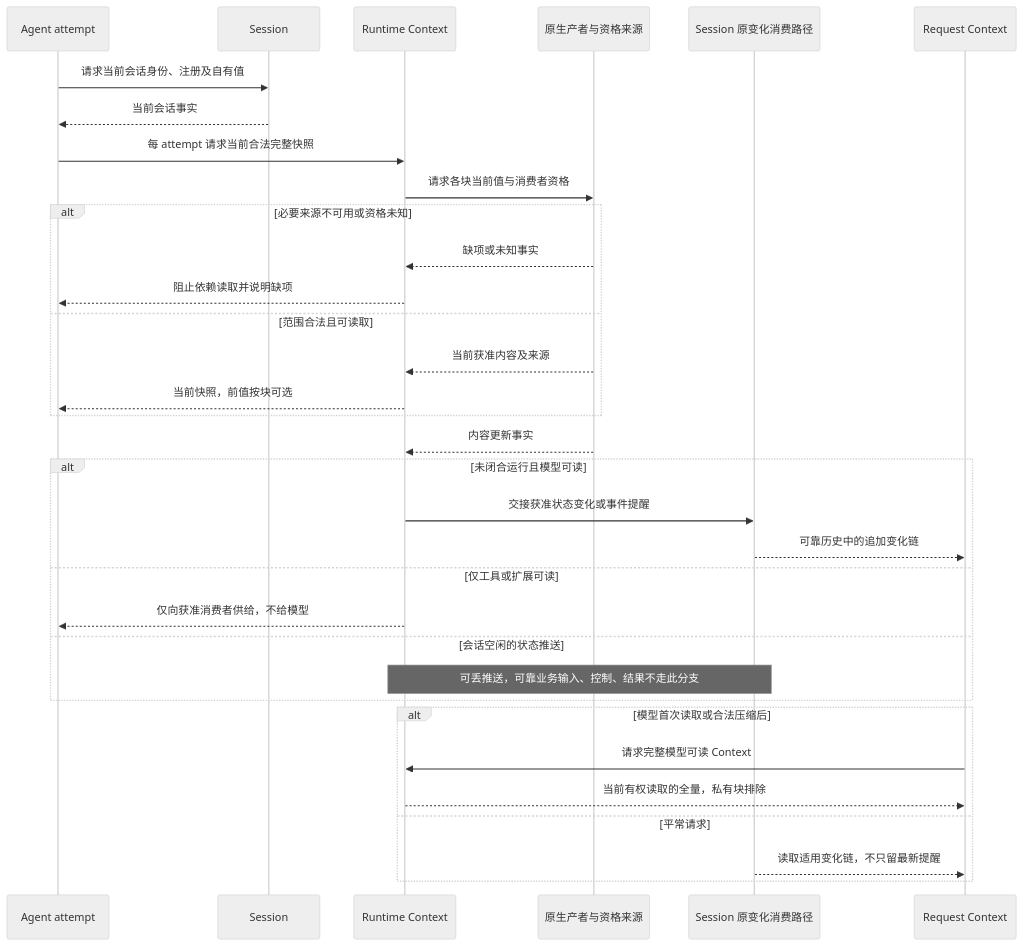
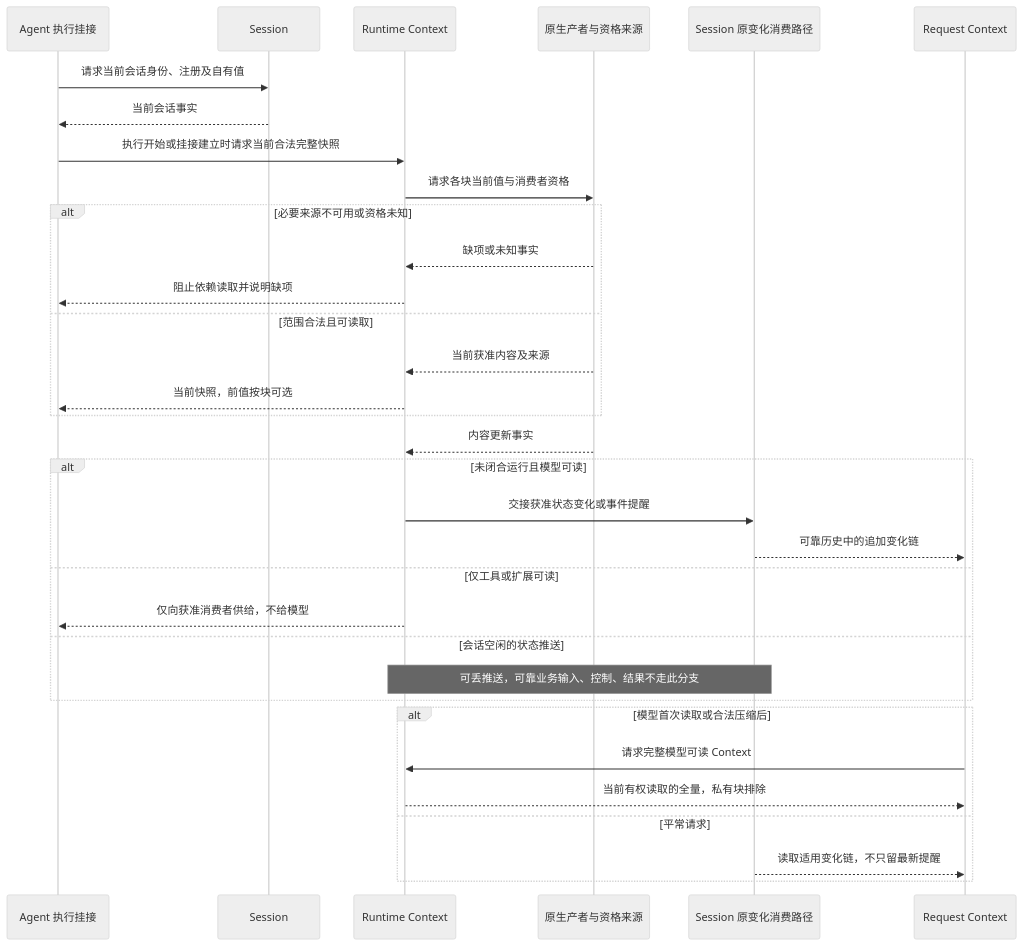
Before and after one commit to nemori-ai/omne-harness-lite: the first of 3 diagrams in packages/context/runtime-context/docs/key-flows.md, drawn with Mermaid (neutral theme). The commit also changed other lines of this file and 84 other files, not shown here.

````diff
--- a/packages/context/runtime-context/docs/key-flows.md
+++ b/packages/context/runtime-context/docs/key-flows.md
@@ -10,35 +11,35 @@
 ```mermaid
 sequenceDiagram
-    participant A as Agent attempt
+    participant A as Agent 执行挂接
     participant S as Session
     participant C as Runtime Context
     participant P as 原生产者与资格来源
     participant H as Session 原变化消费路径
     participant R as Request Context
     A->>S: 请求当前会话身份、注册及自有值
     S-->>A: 当前会话事实
-    A->>C: 每 attempt 请求当前合法完整快照
+    A->>C: 执行开始或挂接建立时请求当前合法完整快照
     C->>P: 请求各块当前值与消费者资格
     alt 必要来源不可用或资格未知
         P-->>C: 缺项或未知事实
         C-->>A: 阻止依赖读取并说明缺项
     else 范围合法且可读取
         P-->>C: 当前获准内容及来源
         C-->>A: 当前快照，前值按块可选
     end
     P-->>C: 内容更新事实
     alt 未闭合运行且模型可读
         C->>H: 交接获准状态变化或事件提醒
         H-->>R: 可靠历史中的追加变化链
     else 仅工具或扩展可读
         C-->>A: 仅向获准消费者供给，不给模型
     else 会话空闲的状态推送
         Note over C,H: 可丢推送，可靠业务输入、控制、结果不走此分支
     end
     alt 模型首次读取或合法压缩后
         R->>C: 请求完整模型可读 Context
         C-->>R: 当前有权读取的全量，私有块排除
     else 平常请求
         H-->>R: 读取适用变化链，不只留最新提醒
     end
 ```
````
